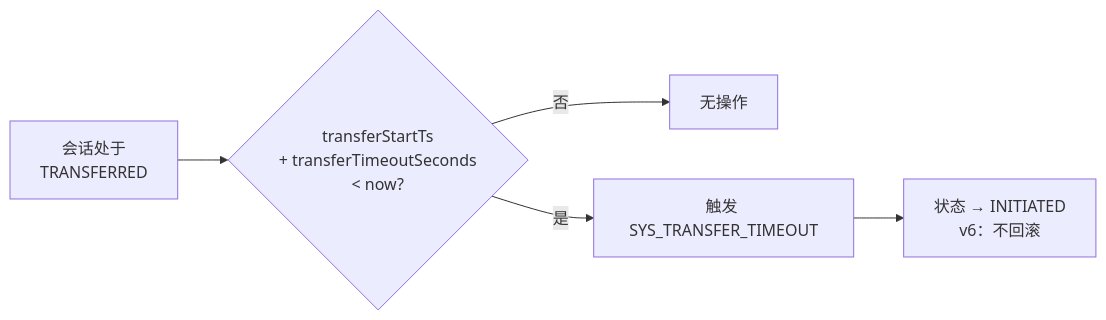
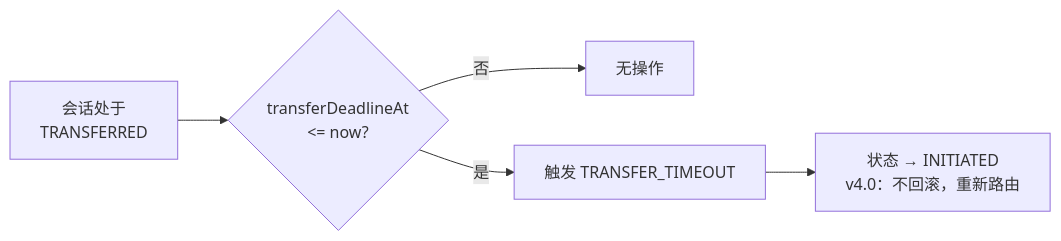
One commit to huangzhiqiu/ai-knowledge-design changed the fourth of 6 diagrams in 08-Code/state-machine/docs/zh/03-State-Transition-Diagrams.md. Above: the diagram before and after it, drawn with Mermaid. The commit also changed other lines of this file, not shown here.

````diff
--- a/08-Code/state-machine/docs/zh/03-State-Transition-Diagrams.md
+++ b/08-Code/state-machine/docs/zh/03-State-Transition-Diagrams.md
@@ -186,7 +219,7 @@
 ```mermaid
 flowchart LR
-    A[会话处于<br/>TRANSFERRED] --> B{transferStartTs<br/>+ transferTimeoutSeconds<br/>< now?}
+    A[会话处于<br/>TRANSFERRED] --> B{transferDeadlineAt<br/><= now?}
     B -->|否| C[无操作]
-    B -->|是| D[触发 SYS_TRANSFER_TIMEOUT]
-    D --> E[状态 → INITIATED<br/>v6：不回滚]
+    B -->|是| D[触发 TRANSFER_TIMEOUT]
+    D --> E[状态 → INITIATED<br/>v4.0：不回滚，重新路由]
 ```
````
